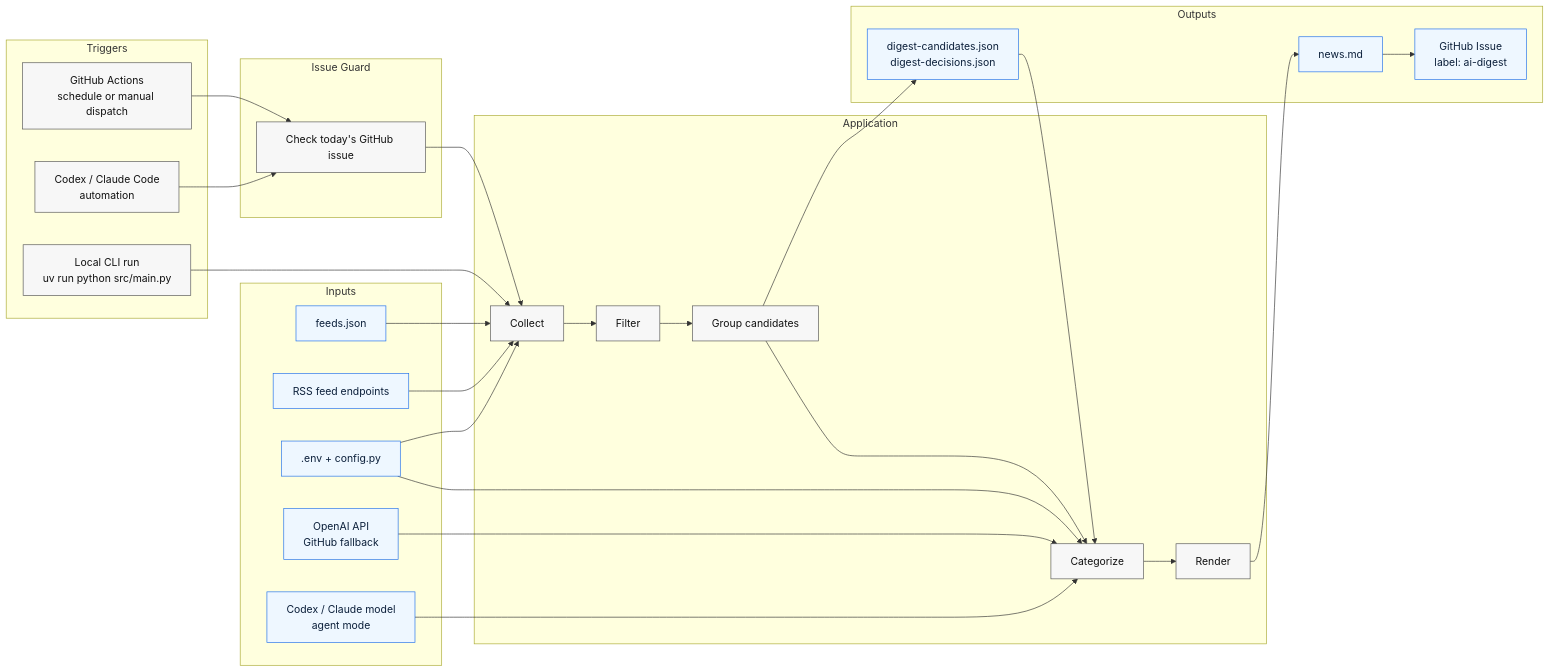
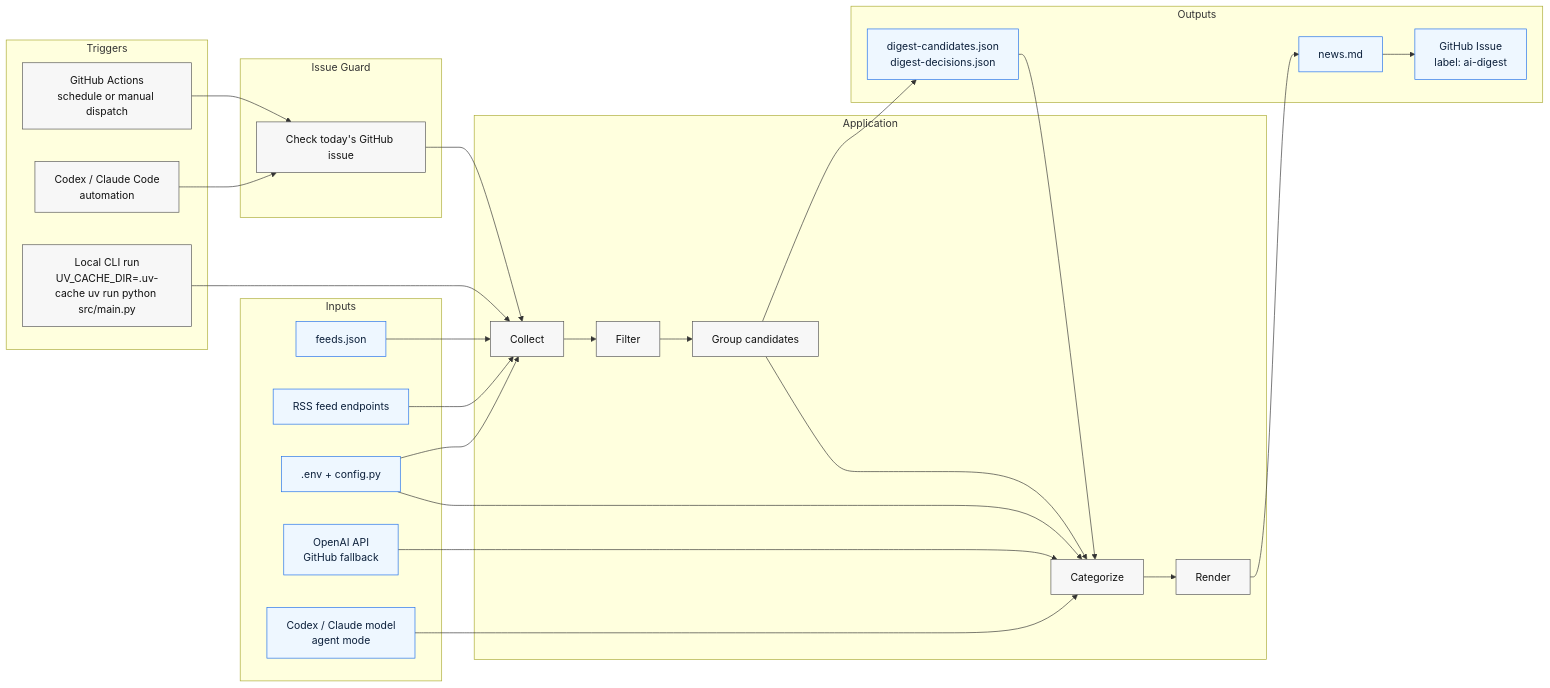
The first of 2 diagrams in docs/architecture.md (ActioBio/bio-news-agent), drawn with Mermaid before and after one commit. The commit also changed 2 other files, not shown here.

Commit message:
docs(runbook): Use repo-local uv cache

````diff
--- a/docs/architecture.md
+++ b/docs/architecture.md
@@ -5,54 +5,54 @@
 ```mermaid
 flowchart LR
     subgraph Trigger[Triggers]
         GH[GitHub Actions<br/>schedule or manual dispatch]
         AGENT[Codex / Claude Code<br/>automation]
-        LOCAL[Local CLI run<br/>uv run python src/main.py]
+        LOCAL[Local CLI run<br/>UV_CACHE_DIR=.uv-cache uv run python src/main.py]
     end
 
     subgraph Guard[Issue Guard]
         CHECK[Check today's GitHub issue]
     end
 
     subgraph App[Application]
         C[Collect]
         F[Filter]
         G[Group candidates]
         K[Categorize]
         R[Render]
         C --> F --> G --> K --> R
     end
 
     subgraph In[Inputs]
         FEEDS[feeds.json]
         RSS[RSS feed endpoints]
         CONF[.env + config.py]
         OAI[OpenAI API<br/>GitHub fallback]
         MODEL[Codex / Claude model<br/>agent mode]
     end
 
     subgraph Out[Outputs]
         JSON[digest-candidates.json<br/>digest-decisions.json]
         MD[news.md]
         ISSUE[GitHub Issue<br/>label: ai-digest]
     end
 
     GH --> CHECK --> C
     AGENT --> CHECK
     LOCAL --> C
     FEEDS --> C
     RSS --> C
     CONF --> C
     CONF --> K
     OAI --> K
     MODEL --> K
     G --> JSON
     JSON --> K
     R --> MD
     MD --> ISSUE
 
     classDef io fill:#eef7ff,stroke:#1f6feb,stroke-width:1px,color:#0b1f3a;
     classDef proc fill:#f7f7f7,stroke:#555,stroke-width:1px,color:#111;
     class FEEDS,RSS,CONF,OAI,MODEL,JSON,MD,ISSUE io;
     class GH,AGENT,LOCAL,CHECK,C,F,G,K,R proc;
 ```
````
